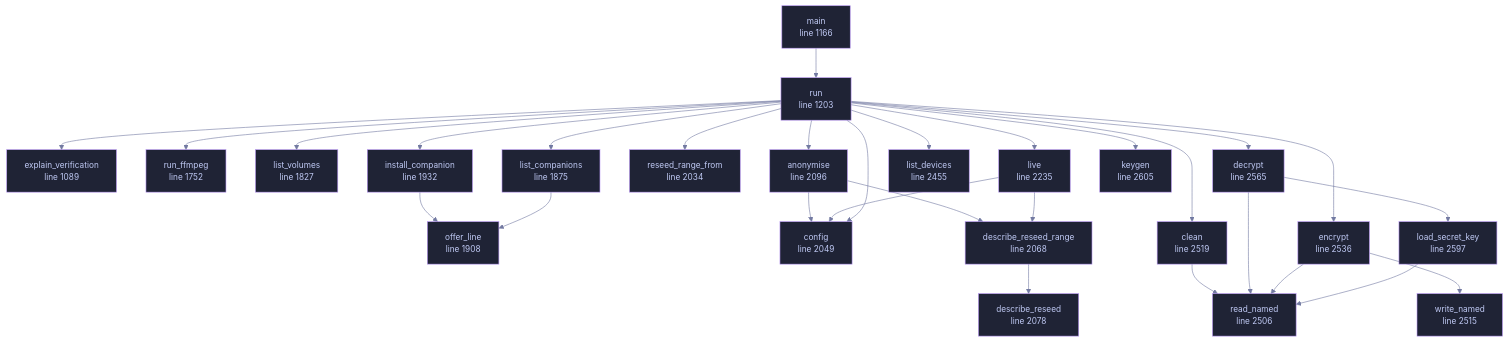
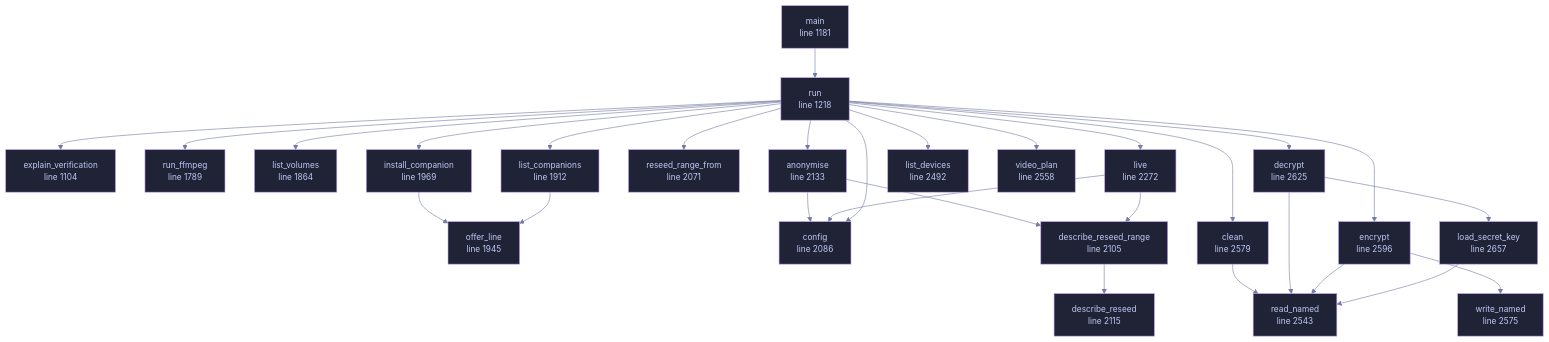
One commit to tilas01/veilvoice changed the diagram in docs/files/veilvoice-cli/main.md. Above: the diagram before and after it, drawn with Mermaid. The commit also changed other lines of this file and 51 other files, not shown here.

````diff
--- a/docs/files/veilvoice-cli/main.md
+++ b/docs/files/veilvoice-cli/main.md
@@ -134,78 +134,78 @@
 ```mermaid
 %%{init: {"theme":"base","themeVariables":{"background":"#1a1b26","primaryColor":"#1f2335","primaryTextColor":"#c0caf5","primaryBorderColor":"#7aa2f7","secondaryColor":"#16161e","tertiaryColor":"#16161e","lineColor":"#737aa2","textColor":"#c0caf5","mainBkg":"#1f2335","nodeBorder":"#7aa2f7","clusterBkg":"#16161e","clusterBorder":"#2f3549","fontFamily":"ui-monospace, SFMono-Regular, Consolas, monospace","fontSize":"14px"}}}%%
 flowchart TD
-    n_explain_verification["explain_verification<br/>line 1089"]
-    n_main["main<br/>line 1166"]
-    n_run["run<br/>line 1203"]
-    n_run_ffmpeg["run_ffmpeg<br/>line 1752"]
-    n_list_volumes["list_volumes<br/>line 1827"]
-    n_list_companions["list_companions<br/>line 1875"]
-    n_offer_line["offer_line<br/>line 1908"]
-    n_install_companion["install_companion<br/>line 1932"]
-    n_reseed_range_from["reseed_range_from<br/>line 2034"]
-    n_config["config<br/>line 2049"]
-    n_describe_reseed_range["describe_reseed_range<br/>line 2068"]
-    n_describe_reseed["describe_reseed<br/>line 2078"]
-    n_anonymise["anonymise<br/>line 2096"]
-    n_live["live<br/>line 2235"]
-    n_list_devices["list_devices<br/>line 2455"]
-    n_read_named["read_named<br/>line 2506"]
-    n_write_named["write_named<br/>line 2515"]
-    n_clean["clean<br/>line 2519"]
-    n_encrypt["encrypt<br/>line 2536"]
-    n_decrypt["decrypt<br/>line 2565"]
-    n_load_secret_key["load_secret_key<br/>line 2597"]
-    n_keygen["keygen<br/>line 2605"]
+    n_explain_verification["explain_verification<br/>line 1104"]
+    n_main["main<br/>line 1181"]
+    n_run["run<br/>line 1218"]
+    n_run_ffmpeg["run_ffmpeg<br/>line 1789"]
+    n_list_volumes["list_volumes<br/>line 1864"]
+    n_list_companions["list_companions<br/>line 1912"]
+    n_offer_line["offer_line<br/>line 1945"]
+    n_install_companion["install_companion<br/>line 1969"]
+    n_reseed_range_from["reseed_range_from<br/>line 2071"]
+    n_config["config<br/>line 2086"]
+    n_describe_reseed_range["describe_reseed_range<br/>line 2105"]
+    n_describe_reseed["describe_reseed<br/>line 2115"]
+    n_anonymise["anonymise<br/>line 2133"]
+    n_live["live<br/>line 2272"]
+    n_list_devices["list_devices<br/>line 2492"]
+    n_read_named["read_named<br/>line 2543"]
+    n_video_plan["video_plan<br/>line 2558"]
+    n_write_named["write_named<br/>line 2575"]
+    n_clean["clean<br/>line 2579"]
+    n_encrypt["encrypt<br/>line 2596"]
+    n_decrypt["decrypt<br/>line 2625"]
+    n_load_secret_key["load_secret_key<br/>line 2657"]
     n_anonymise --> n_config
     n_anonymise --> n_describe_reseed_range
     n_clean --> n_read_named
     n_decrypt --> n_load_secret_key
     n_decrypt --> n_read_named
     n_describe_reseed_range --> n_describe_reseed
     n_encrypt --> n_read_named
     n_encrypt --> n_write_named
     n_install_companion --> n_offer_line
     n_list_companions --> n_offer_line
     n_live --> n_config
     n_live --> n_describe_reseed_range
     n_load_secret_key --> n_read_named
     n_main --> n_run
     n_run --> n_anonymise
     n_run --> n_clean
     n_run --> n_config
     n_run --> n_decrypt
     n_run --> n_encrypt
     n_run --> n_explain_verification
     n_run --> n_install_companion
-    n_run --> n_keygen
     n_run --> n_list_companions
     n_run --> n_list_devices
     n_run --> n_list_volumes
     n_run --> n_live
     n_run --> n_reseed_range_from
     n_run --> n_run_ffmpeg
-    click n_explain_verification href "https://github.com/tilas01/veilvoice/blob/main/crates/veilvoice-cli/src/main.rs#L1089" "open the source"
-    click n_main href "https://github.com/tilas01/veilvoice/blob/main/crates/veilvoice-cli/src/main.rs#L1166" "open the source"
-    click n_run href "https://github.com/tilas01/veilvoice/blob/main/crates/veilvoice-cli/src/main.rs#L1203" "open the source"
-    click n_run_ffmpeg href "https://github.com/tilas01/veilvoice/blob/main/crates/veilvoice-cli/src/main.rs#L1752" "open the source"
-    click n_list_volumes href "https://github.com/tilas01/veilvoice/blob/main/crates/veilvoice-cli/src/main.rs#L1827" "open the source"
-    click n_list_companions href "https://github.com/tilas01/veilvoice/blob/main/crates/veilvoice-cli/src/main.rs#L1875" "open the source"
-    click n_offer_line href "https://github.com/tilas01/veilvoice/blob/main/crates/veilvoice-cli/src/main.rs#L1908" "open the source"
-    click n_install_companion href "https://github.com/tilas01/veilvoice/blob/main/crates/veilvoice-cli/src/main.rs#L1932" "open the source"
-    click n_reseed_range_from href "https://github.com/tilas01/veilvoice/blob/main/crates/veilvoice-cli/src/main.rs#L2034" "open the source"
-    click n_config href "https://github.com/tilas01/veilvoice/blob/main/crates/veilvoice-cli/src/main.rs#L2049" "open the source"
-    click n_describe_reseed_range href "https://github.com/tilas01/veilvoice/blob/main/crates/veilvoice-cli/src/main.rs#L2068" "open the source"
-    click n_describe_reseed href "https://github.com/tilas01/veilvoice/blob/main/crates/veilvoice-cli/src/main.rs#L2078" "open the source"
-    click n_anonymise href "https://github.com/tilas01/veilvoice/blob/main/crates/veilvoice-cli/src/main.rs#L2096" "open the source"
-    click n_live href "https://github.com/tilas01/veilvoice/blob/main/crates/veilvoice-cli/src/main.rs#L2235" "open the source"
-    click n_list_devices href "https://github.com/tilas01/veilvoice/blob/main/crates/veilvoice-cli/src/main.rs#L2455" "open the source"
-    click n_read_named href "https://github.com/tilas01/veilvoice/blob/main/crates/veilvoice-cli/src/main.rs#L2506" "open the source"
-    click n_write_named href "https://github.com/tilas01/veilvoice/blob/main/crates/veilvoice-cli/src/main.rs#L2515" "open the source"
-    click n_clean href "https://github.com/tilas01/veilvoice/blob/main/crates/veilvoice-cli/src/main.rs#L2519" "open the source"
-    click n_encrypt href "https://github.com/tilas01/veilvoice/blob/main/crates/veilvoice-cli/src/main.rs#L2536" "open the source"
-    click n_decrypt href "https://github.com/tilas01/veilvoice/blob/main/crates/veilvoice-cli/src/main.rs#L2565" "open the source"
-    click n_load_secret_key href "https://github.com/tilas01/veilvoice/blob/main/crates/veilvoice-cli/src/main.rs#L2597" "open the source"
-    click n_keygen href "https://github.com/tilas01/veilvoice/blob/main/crates/veilvoice-cli/src/main.rs#L2605" "open the source"
+    n_run --> n_video_plan
+    click n_explain_verification href "https://github.com/tilas01/veilvoice/blob/main/crates/veilvoice-cli/src/main.rs#L1104" "open the source"
+    click n_main href "https://github.com/tilas01/veilvoice/blob/main/crates/veilvoice-cli/src/main.rs#L1181" "open the source"
+    click n_run href "https://github.com/tilas01/veilvoice/blob/main/crates/veilvoice-cli/src/main.rs#L1218" "open the source"
+    click n_run_ffmpeg href "https://github.com/tilas01/veilvoice/blob/main/crates/veilvoice-cli/src/main.rs#L1789" "open the source"
+    click n_list_volumes href "https://github.com/tilas01/veilvoice/blob/main/crates/veilvoice-cli/src/main.rs#L1864" "open the source"
+    click n_list_companions href "https://github.com/tilas01/veilvoice/blob/main/crates/veilvoice-cli/src/main.rs#L1912" "open the source"
+    click n_offer_line href "https://github.com/tilas01/veilvoice/blob/main/crates/veilvoice-cli/src/main.rs#L1945" "open the source"
+    click n_install_companion href "https://github.com/tilas01/veilvoice/blob/main/crates/veilvoice-cli/src/main.rs#L1969" "open the source"
+    click n_reseed_range_from href "https://github.com/tilas01/veilvoice/blob/main/crates/veilvoice-cli/src/main.rs#L2071" "open the source"
+    click n_config href "https://github.com/tilas01/veilvoice/blob/main/crates/veilvoice-cli/src/main.rs#L2086" "open the source"
+    click n_describe_reseed_range href "https://github.com/tilas01/veilvoice/blob/main/crates/veilvoice-cli/src/main.rs#L2105" "open the source"
+    click n_describe_reseed href "https://github.com/tilas01/veilvoice/blob/main/crates/veilvoice-cli/src/main.rs#L2115" "open the source"
+    click n_anonymise href "https://github.com/tilas01/veilvoice/blob/main/crates/veilvoice-cli/src/main.rs#L2133" "open the source"
+    click n_live href "https://github.com/tilas01/veilvoice/blob/main/crates/veilvoice-cli/src/main.rs#L2272" "open the source"
+    click n_list_devices href "https://github.com/tilas01/veilvoice/blob/main/crates/veilvoice-cli/src/main.rs#L2492" "open the source"
+    click n_read_named href "https://github.com/tilas01/veilvoice/blob/main/crates/veilvoice-cli/src/main.rs#L2543" "open the source"
+    click n_video_plan href "https://github.com/tilas01/veilvoice/blob/main/crates/veilvoice-cli/src/main.rs#L2558" "open the source"
+    click n_write_named href "https://github.com/tilas01/veilvoice/blob/main/crates/veilvoice-cli/src/main.rs#L2575" "open the source"
+    click n_clean href "https://github.com/tilas01/veilvoice/blob/main/crates/veilvoice-cli/src/main.rs#L2579" "open the source"
+    click n_encrypt href "https://github.com/tilas01/veilvoice/blob/main/crates/veilvoice-cli/src/main.rs#L2596" "open the source"
+    click n_decrypt href "https://github.com/tilas01/veilvoice/blob/main/crates/veilvoice-cli/src/main.rs#L2625" "open the source"
+    click n_load_secret_key href "https://github.com/tilas01/veilvoice/blob/main/crates/veilvoice-cli/src/main.rs#L2657" "open the source"
     classDef helper fill:#1f2335,stroke:#bb9af7,color:#c0caf5
-    class n_explain_verification,n_main,n_run,n_run_ffmpeg,n_list_volumes,n_list_companions,n_offer_line,n_install_companion,n_reseed_range_from,n_config,n_describe_reseed_range,n_describe_reseed,n_anonymise,n_live,n_list_devices,n_read_named,n_write_named,n_clean,n_encrypt,n_decrypt,n_load_secret_key,n_keygen helper
+    class n_explain_verification,n_main,n_run,n_run_ffmpeg,n_list_volumes,n_list_companions,n_offer_line,n_install_companion,n_reseed_range_from,n_config,n_describe_reseed_range,n_describe_reseed,n_anonymise,n_live,n_list_devices,n_read_named,n_video_plan,n_write_named,n_clean,n_encrypt,n_decrypt,n_load_secret_key helper
 ```
````
